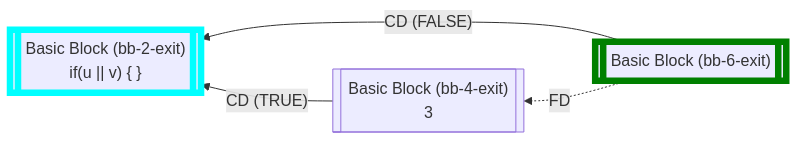
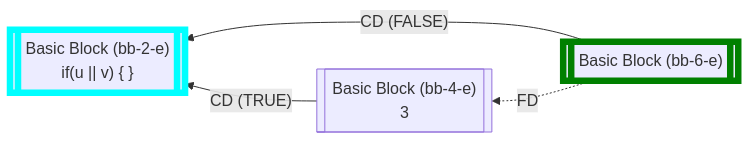
One commit to flowr-analysis/flowr changed the fifth of 23 diagrams in wiki/Control Flow Graph.md. Above: the diagram before and after it, drawn with Mermaid. The commit also changed other lines of this file and 9 other files, not shown here.

````diff
--- a/wiki/Control Flow Graph.md
+++ b/wiki/Control Flow Graph.md
@@ -291,13 +297,13 @@
 ```mermaid
 flowchart RL
-    nbb-2-exit[["`Basic Block (bb-2-exit)
+    nbb-2-e[["`Basic Block (bb-2-e)
 if(u || v) #123; #125;`"]]
-    nbb-4-exit[["`Basic Block (bb-4-exit)
+    nbb-4-e[["`Basic Block (bb-4-e)
 3`"]]
-    nbb-6-exit[["`Basic Block (bb-6-exit)
+    nbb-6-e[["`Basic Block (bb-6-e)
 `"]]
-    nbb-6-exit -.->|"FD"| nbb-4-exit
-    nbb-6-exit -->|"CD (FALSE)"| nbb-2-exit
-    nbb-4-exit -->|"CD (TRUE)"| nbb-2-exit
-    style nbb-2-exit stroke:cyan,stroke-width:6.5px;    style nbb-6-exit stroke:green,stroke-width:6.5px;
+    nbb-6-e -.->|"FD"| nbb-4-e
+    nbb-6-e -->|"CD (FALSE)"| nbb-2-e
+    nbb-4-e -->|"CD (TRUE)"| nbb-2-e
+    style nbb-2-e stroke:cyan,stroke-width:6.5px;    style nbb-6-e stroke:green,stroke-width:6.5px;
 ```
````
